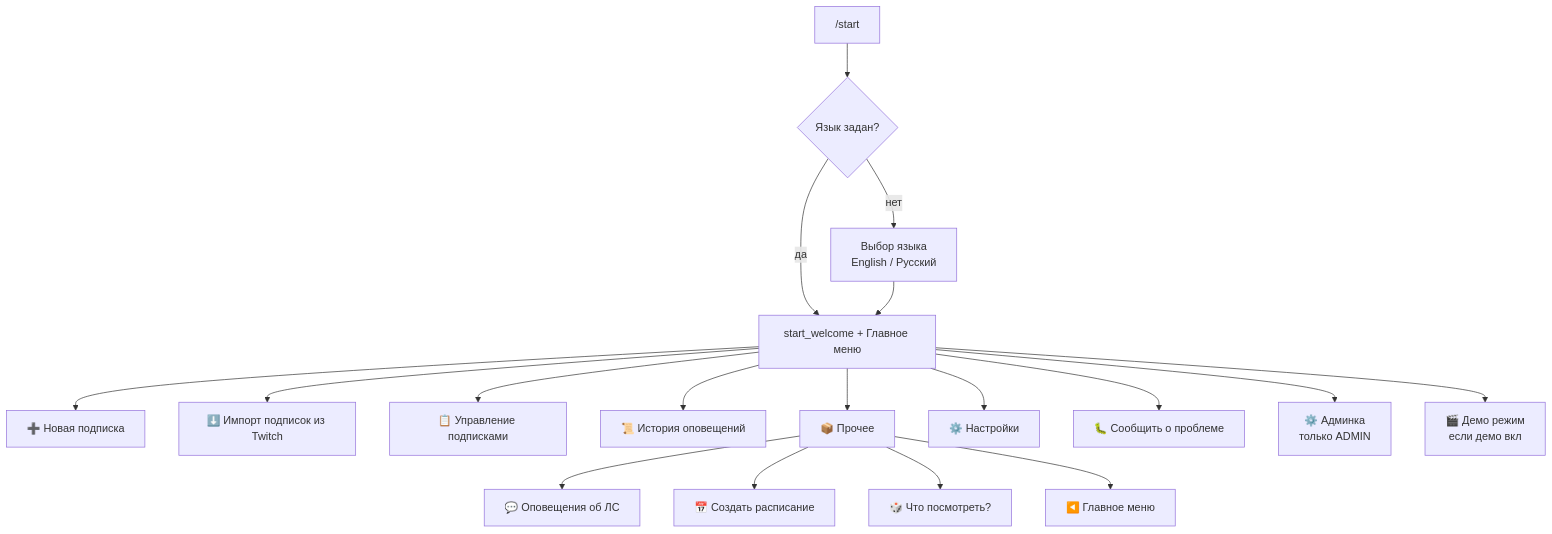
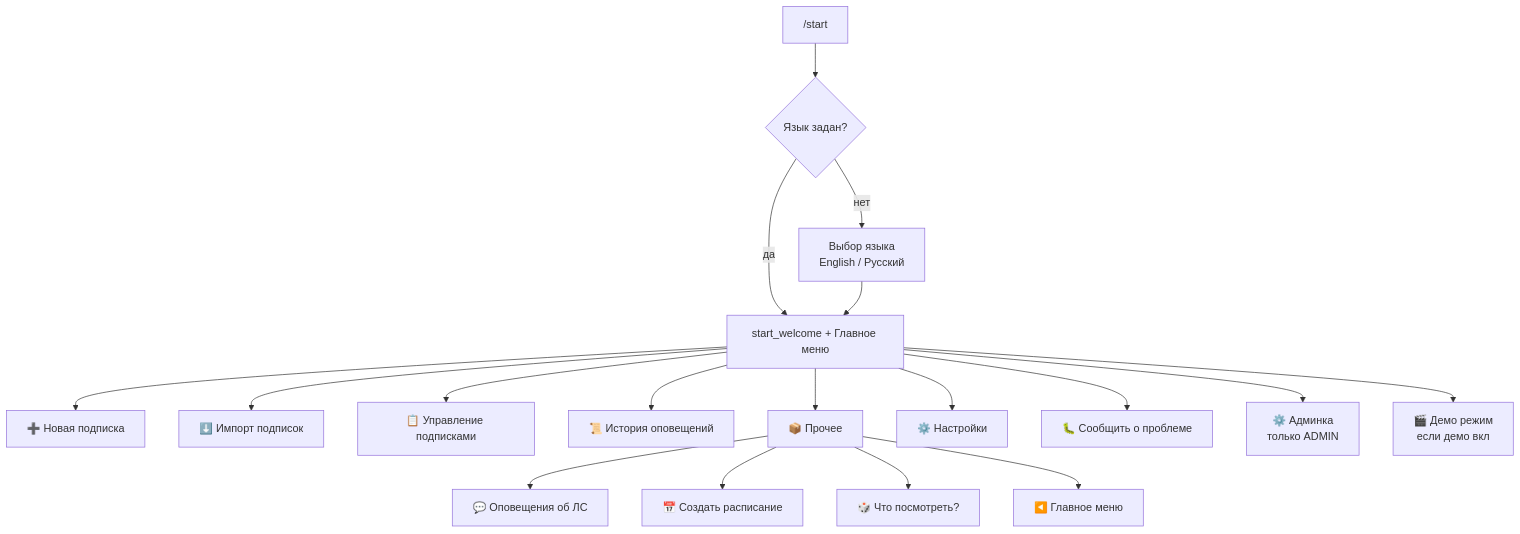
One commit to Marfa/twitch-telegram-bot changed the first of 3 diagrams in docs/user-flow-map.ru.md. Above: the diagram before and after it, drawn with Mermaid. The commit also changed other lines of this file and 3 other files, not shown here.

````diff
--- a/docs/user-flow-map.ru.md
+++ b/docs/user-flow-map.ru.md
@@ -20,21 +21,21 @@
 ```mermaid
 flowchart TD
   S["/start"] --> L{Язык задан?}
   L -->|нет| LANG["Выбор языка<br/>English / Русский"]
   L -->|да| W["start_welcome + Главное меню"]
   LANG --> W
 
   W --> NEW["➕ Новая подписка"]
-  W --> IMP["⬇️ Импорт подписок из Twitch"]
+  W --> IMP["⬇️ Импорт подписок"]
   W --> SUB["📋 Управление подписками"]
   W --> HIS["📜 История оповещений"]
   W --> OTH["📦 Прочее"]
   W --> SET["⚙️ Настройки"]
   W --> FB["🐛 Сообщить о проблеме"]
   W --> ADM["⚙️ Админка<br/>только ADMIN"]
   W --> DEM["🎬 Демо режим<br/>если демо вкл"]
   OTH --> WH["💬 Оповещения об ЛС"]
   OTH --> SCH["📅 Создать расписание"]
   OTH --> WAT["🎲 Что посмотреть?"]
   OTH --> BACK["◀️ Главное меню"]
 ```
````
